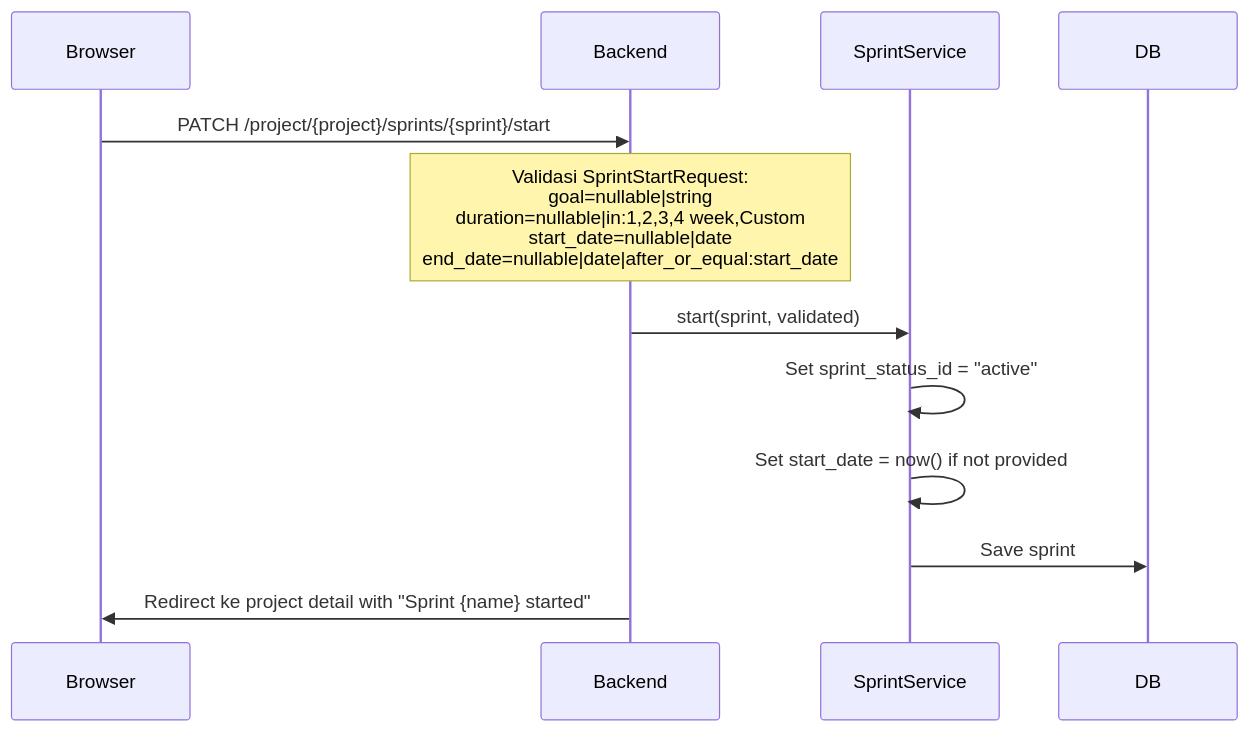
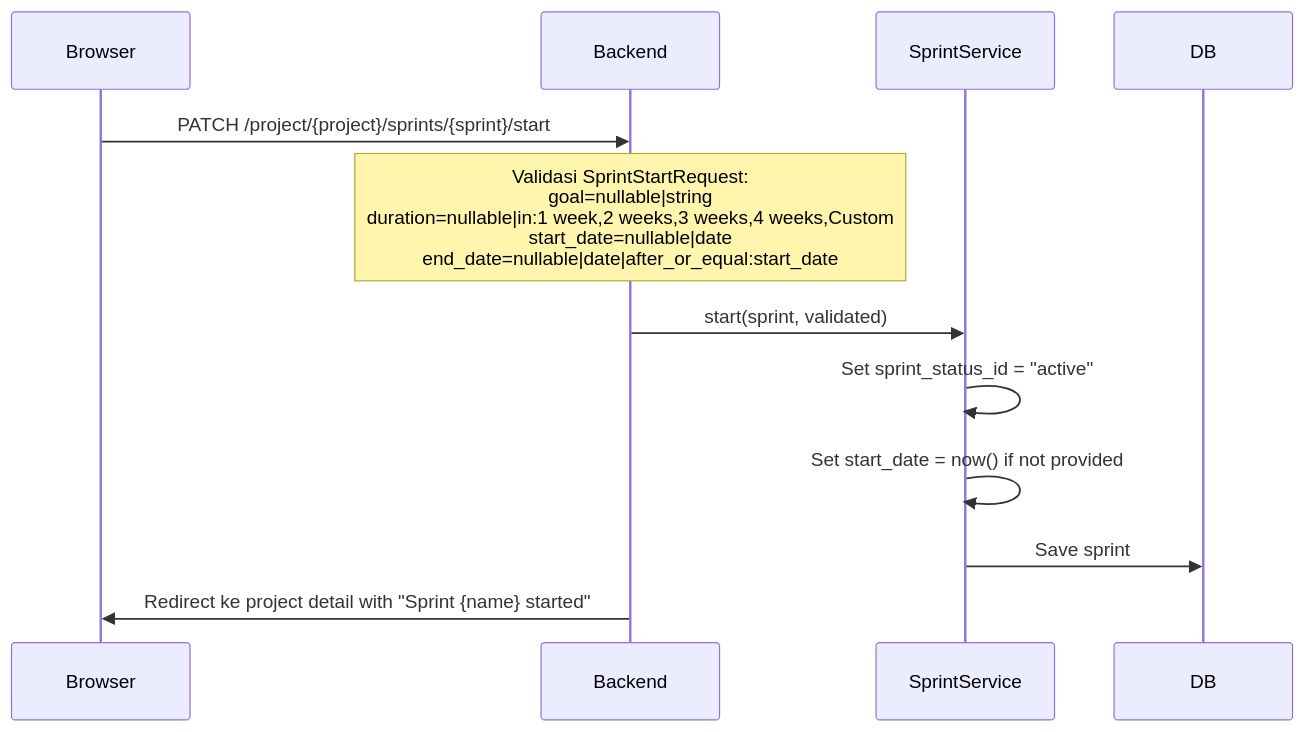
One commit to priamitra273/laptoplain changed the fourth of 7 diagrams in docs/sprint/management.md. Above: the diagram before and after it, drawn with Mermaid. The commit also changed other lines of this file and 14 other files, not shown here.

````diff
--- a/docs/sprint/management.md
+++ b/docs/sprint/management.md
@@ -62,11 +62,11 @@
 ```mermaid
 sequenceDiagram
     Browser->>Backend: PATCH /project/{project}/sprints/{sprint}/start
-    Note over Backend: Validasi SprintStartRequest:<br/>goal=nullable|string<br/>duration=nullable|in:1,2,3,4 week,Custom<br/>start_date=nullable|date<br/>end_date=nullable|date|after_or_equal:start_date
+    Note over Backend: Validasi SprintStartRequest:<br/>goal=nullable|string<br/>duration=nullable|in:1 week,2 weeks,3 weeks,4 weeks,Custom<br/>start_date=nullable|date<br/>end_date=nullable|date|after_or_equal:start_date
 
     Backend->>SprintService: start(sprint, validated)
     SprintService->>SprintService: Set sprint_status_id = "active"
     SprintService->>SprintService: Set start_date = now() if not provided
     SprintService->>DB: Save sprint
     Backend->>Browser: Redirect ke project detail with "Sprint {name} started"
 ```
````
